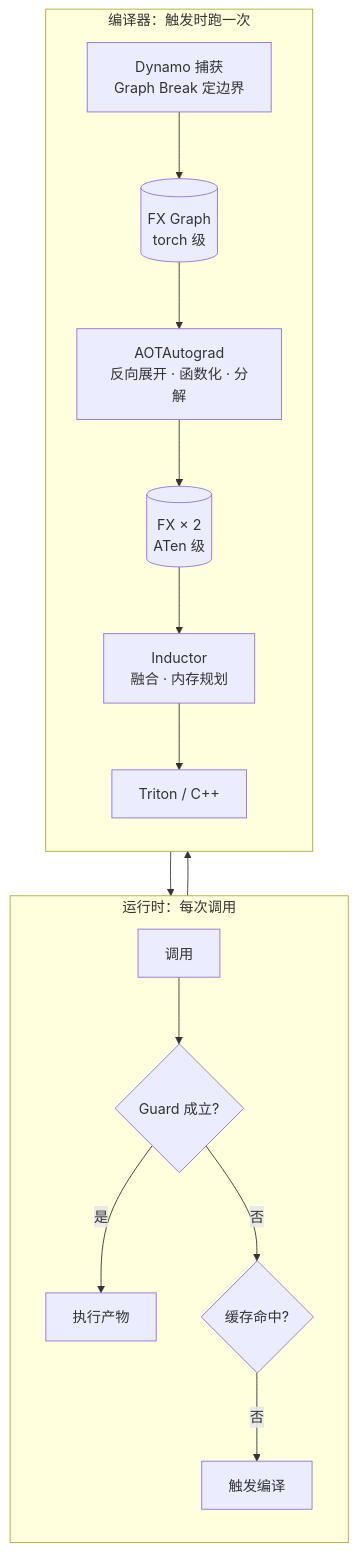
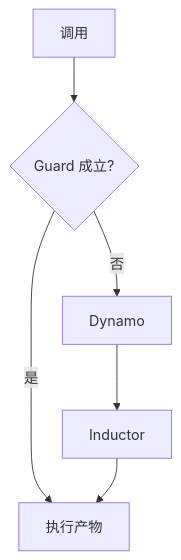
Before and after one commit to arganzheng/arganzheng.github.com: the sixth of 7 diagrams in slides/2026-02-26-deep-dive-into-pytorch.md, drawn with Mermaid. The commit also changed other lines of this file, not shown here.

Commit message:
slides/deep-dive-into-pytorch: cut/shorten mermaid diagrams below 14px rendered text (check-render smalltext/overlap)

````diff
--- a/slides/2026-02-26-deep-dive-into-pytorch.md
+++ b/slides/2026-02-26-deep-dive-into-pytorch.md
@@ -232,15 +232,6 @@
 ```mermaid
 %%{init: {"flowchart": {"wrappingWidth": 170}}}%%
 flowchart TB
-    subgraph RT["运行时：每次调用"]
-        direction TB
-        CALL["调用"] --> GD{"Guard 成立?"} -->|是| RUN["执行产物"]
-        GD -->|否| CA{"缓存命中?"} -->|否| TRIG["触发编译"]
-    end
-    subgraph CP["编译器：触发时跑一次"]
-        direction TB
-        DY["Dynamo 捕获<br/>Graph Break 定边界"] --> FX1[("FX Graph<br/>torch 级")] --> AOT["AOTAutograd<br/>反向展开 · 函数化 · 分解"] --> FX2[("FX × 2<br/>ATen 级")] --> IND["Inductor<br/>融合 · 内存规划"] --> CODE["Triton / C++"]
-    end
-    TRIG --> DY
-    CODE --> RUN
+    CALL["调用"] --> GD{"Guard 成立?"} -->|是| RUN["执行产物"]
+    GD -->|否| DY["Dynamo"] --> IND["Inductor"] --> RUN
 ```
````
